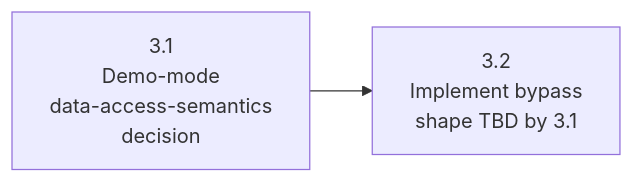
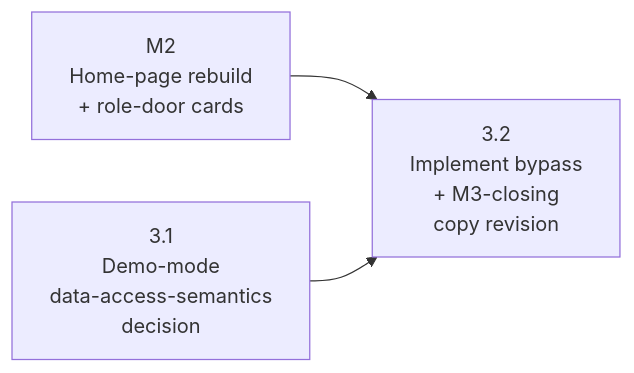
Before and after one commit to kcrobinson-1/neighborly-events: the diagram in docs/plans/epics/demo-expansion/m3-demo-mode-auth-bypass.md, drawn with Mermaid. The commit also changed other lines of this file, not shown here.

````diff
--- a/docs/plans/epics/demo-expansion/m3-demo-mode-auth-bypass.md
+++ b/docs/plans/epics/demo-expansion/m3-demo-mode-auth-bypass.md
@@ -170,7 +170,9 @@
 ```mermaid
 flowchart LR
+    M2[M2<br/>Home-page rebuild<br/>+ role-door cards]
     P31[3.1<br/>Demo-mode<br/>data-access-semantics<br/>decision]
-    P32[3.2<br/>Implement bypass<br/>shape TBD by 3.1]
+    P32[3.2<br/>Implement bypass<br/>+ M3-closing<br/>copy revision]
 
+    M2 --> P32
     P31 --> P32
 ```
````
